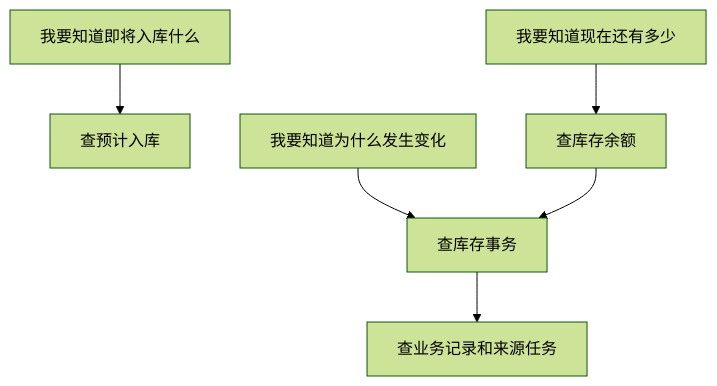
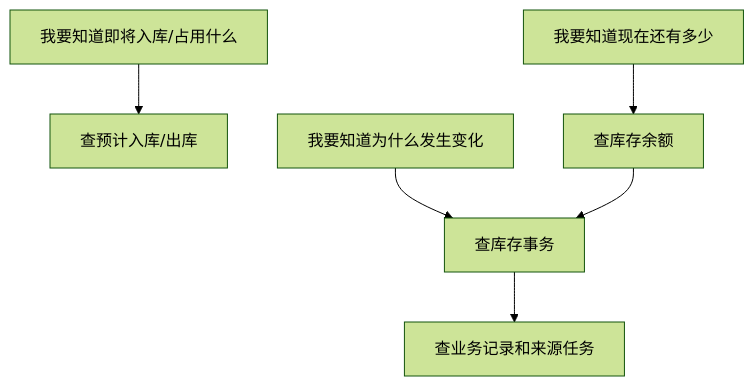
Before and after one commit to jiargcn/MomProductDocument: the second of 3 diagrams in docs/05-WMS-库房管理/09-库存管理/index.md, drawn with Mermaid (forest theme). The commit also changed other lines of this file and 34 other files, not shown here.

````diff
--- a/docs/05-WMS-库房管理/09-库存管理/index.md
+++ b/docs/05-WMS-库房管理/09-库存管理/index.md
@@ -56,7 +69,7 @@
 ```mermaid
 flowchart TD
-    A["我要知道即将入库什么"] --> B["查预计入库"]
+    A["我要知道即将入库/占用什么"] --> B["查预计入库/出库"]
     C["我要知道为什么发生变化"] --> D["查库存事务"]
     E["我要知道现在还有多少"] --> F["查库存余额"]
     F --> D --> G["查业务记录和来源任务"]
 ```
````
